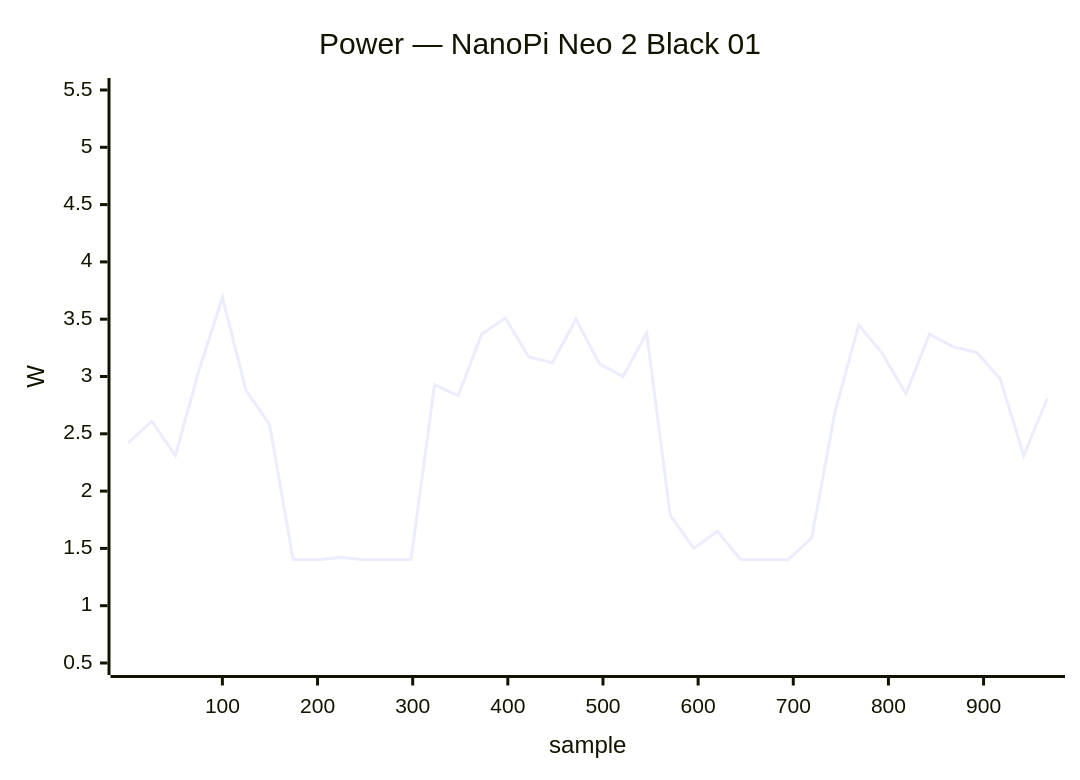
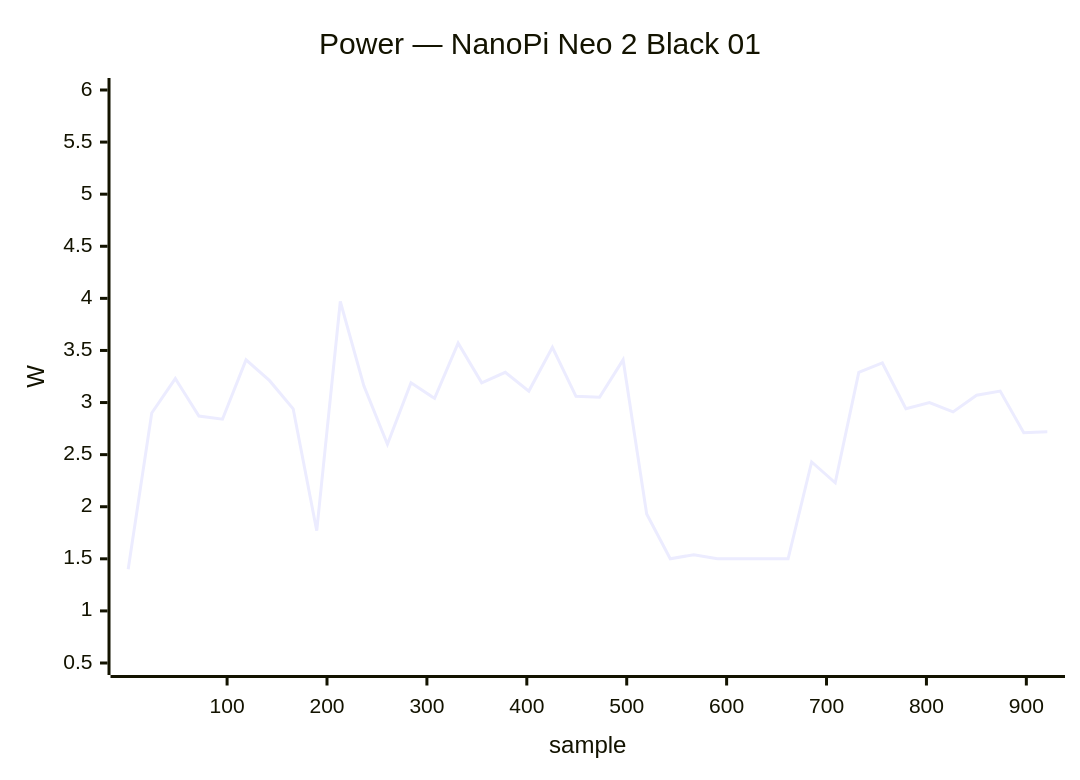
Diagram 21 of 41 in docs/status/board-tests.md (armbian/documentation), drawn with Mermaid before and after one commit. The commit also changed other lines of this file, not shown here.

````diff
--- a/docs/status/board-tests.md
+++ b/docs/status/board-tests.md
@@ -978,7 +939,7 @@
 ```mermaid
 xychart-beta
     title "Power — NanoPi Neo 2 Black 01"
-    x-axis "sample" 1 --> 967
-    y-axis "W" 0.5 --> 5.5
-    line [2.42, 2.61, 2.31, 3.05, 3.69, 2.88, 2.58, 1.40, 1.40, 1.42, 1.40, 1.40, 1.40, 2.93, 2.83, 3.37, 3.51, 3.17, 3.12, 3.50, 3.11, 3.00, 3.38, 1.79, 1.50, 1.65, 1.40, 1.40, 1.40, 1.59, 2.70, 3.45, 3.20, 2.85, 3.37, 3.26, 3.21, 2.98, 2.31, 2.81]
+    x-axis "sample" 1 --> 921
+    y-axis "W" 0.5 --> 6.0
+    line [1.40, 2.90, 3.23, 2.87, 2.84, 3.41, 3.21, 2.94, 1.77, 3.97, 3.16, 2.60, 3.19, 3.04, 3.57, 3.19, 3.29, 3.11, 3.53, 3.06, 3.05, 3.41, 1.93, 1.50, 1.54, 1.50, 1.50, 1.50, 1.50, 2.43, 2.23, 3.29, 3.38, 2.94, 3.00, 2.91, 3.07, 3.11, 2.71, 2.72]
 ```
````
